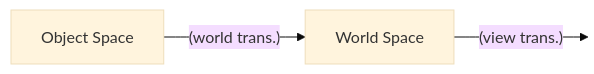
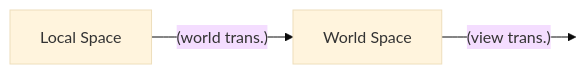
One commit to team-iwd/gl-lab changed the fourth of 5 diagrams in docs/CHEATSHEET-MID.md. Above: the diagram before and after it, drawn with Mermaid (base theme). The commit also changed other lines of this file and 3 other files, not shown here.

````diff
--- a/docs/CHEATSHEET-MID.md
+++ b/docs/CHEATSHEET-MID.md
@@ -564,7 +549,7 @@
 ```mermaid
 flowchart LR
-    A[Object Space] --(world trans.)--> B[World Space]
+    A[Local Space] --(world trans.)--> B[World Space]
     B --(view trans.)--> C:::hidden
 
     classDef hidden display: none;
 ```
````
